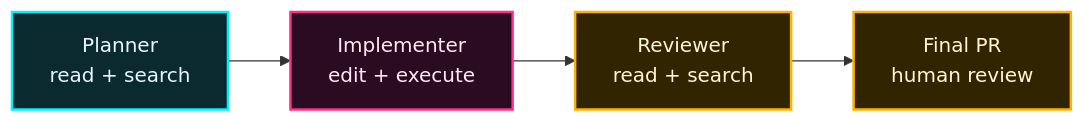
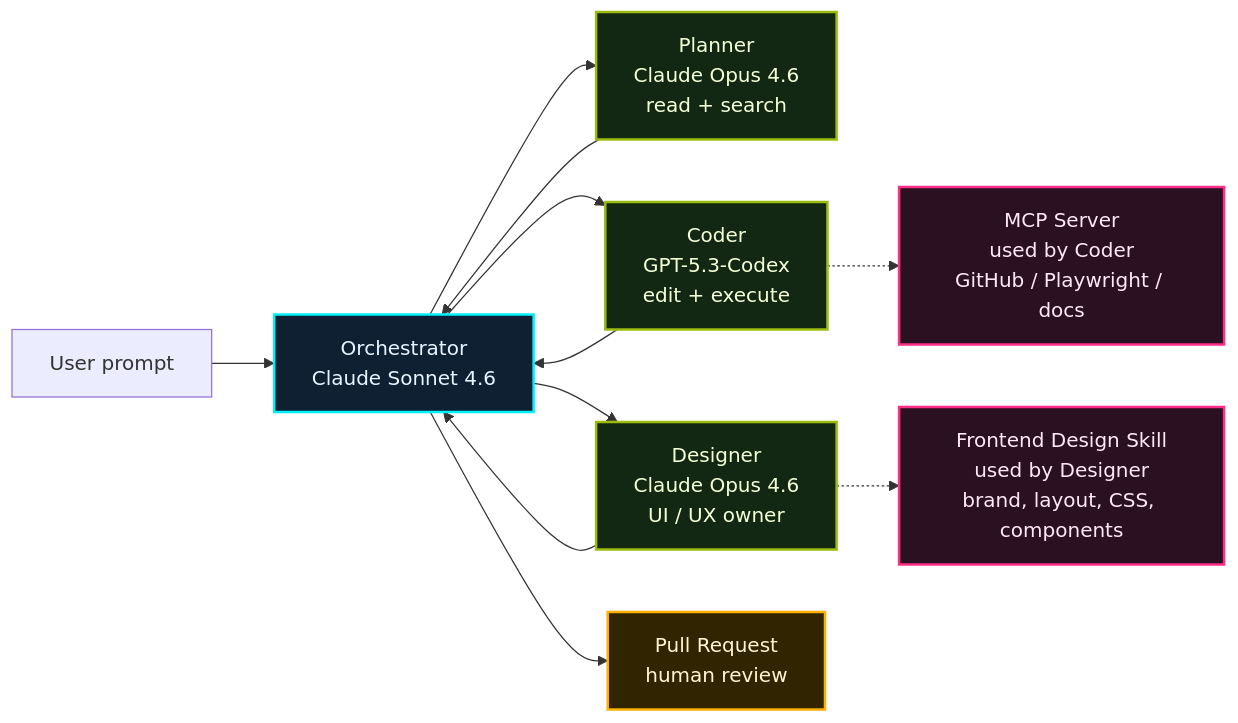
One commit to theomonfort/theomonfort changed the diagram in src/content/glossary/harness-engineering.md. Above: the diagram before and after it, drawn with Mermaid. The commit also changed other lines of this file, not shown here.

Commit message:
Restructure harness engineering deck

````diff
--- a/src/content/glossary/harness-engineering.md
+++ b/src/content/glossary/harness-engineering.md
@@ -67,13 +62,25 @@
 ```mermaid
 flowchart LR
-  A[Planner<br/>read + search] --> B[Implementer<br/>edit + execute]
-  B --> C[Reviewer<br/>read + search]
-  C --> D[Final PR<br/>human review]
+  User[User prompt] --> O[Orchestrator<br/>Claude Sonnet 4.6]
 
-  classDef plan fill:#0b2a30,stroke:#00f0ff,color:#e8f4ff,stroke-width:2px;
-  classDef build fill:#2a0b22,stroke:#ff2e88,color:#ffe8f4,stroke-width:2px;
-  classDef review fill:#302500,stroke:#ffb000,color:#fff4d6,stroke-width:2px;
-  class A plan;
-  class B build;
-  class C,D review;
+  O --> P[Planner<br/>Claude Opus 4.6<br/>read + search]
+  O --> C[Coder<br/>GPT-5.3-Codex<br/>edit + execute]
+  O --> D[Designer<br/>Claude Opus 4.6<br/>UI / UX owner]
+
+  D -.-> S[Frontend Design Skill<br/>used by Designer<br/>brand, layout, CSS, components]
+  C -.-> M[MCP Server<br/>used by Coder<br/>GitHub / Playwright / docs]
+
+  P --> O
+  C --> O
+  D --> O
+  O --> R[Pull Request<br/>human review]
+
+  classDef host fill:#102033,stroke:#00f0ff,color:#e8f4ff,stroke-width:2px;
+  classDef agent fill:#132812,stroke:#9bbc0f,color:#f4ffd8,stroke-width:2px;
+  classDef harness fill:#2a1020,stroke:#ff2e88,color:#ffe8f4,stroke-width:2px;
+  classDef ship fill:#302500,stroke:#ffb000,color:#fff4d6,stroke-width:2px;
+  class O host;
+  class P,C,D agent;
+  class S,M harness;
+  class R ship;
 ```
````
